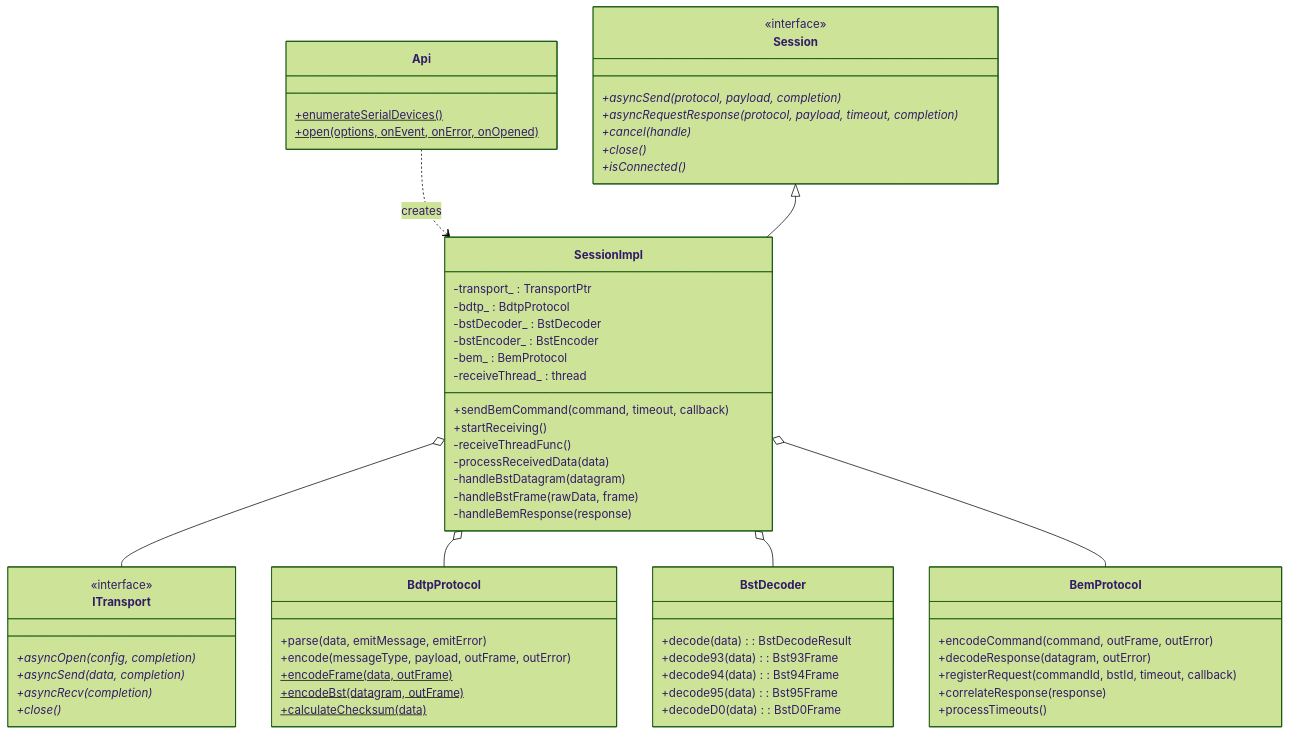
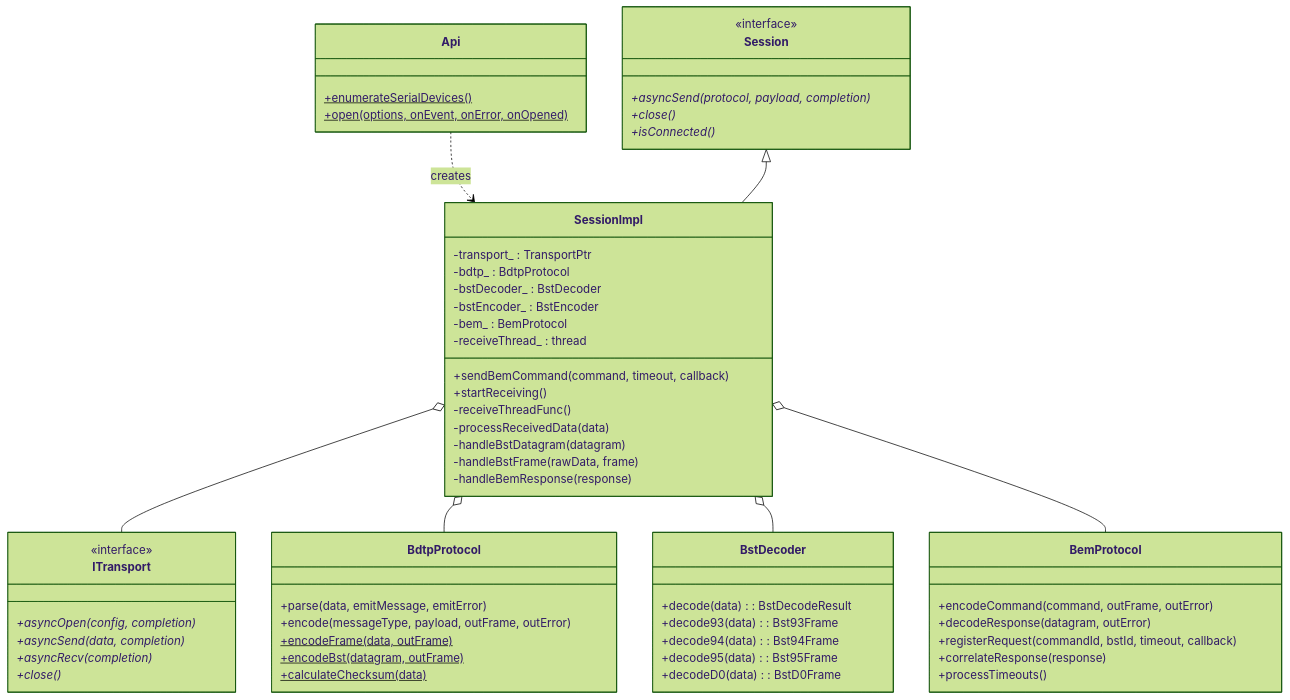
Before and after one commit to Actisense/SDK: the tenth of 10 diagrams in code/cpp/docs/message-flow.md, drawn with Mermaid (forest theme). The commit also changed 7 other files, not shown here.

First line of the commit message:
Drop generic asyncRequestResponse/cancel from public Session

````diff
--- a/code/cpp/docs/message-flow.md
+++ b/code/cpp/docs/message-flow.md
@@ -554,71 +554,69 @@
 ```mermaid
 classDiagram
     class Api {
         +enumerateSerialDevices()$
         +open(options, onEvent, onError, onOpened)$
     }
 
     class Session {
         <<interface>>
         +asyncSend(protocol, payload, completion)*
-        +asyncRequestResponse(protocol, payload, timeout, completion)*
-        +cancel(handle)*
         +close()*
         +isConnected()*
     }
 
     class SessionImpl {
         -transport_ : TransportPtr
         -bdtp_ : BdtpProtocol
         -bstDecoder_ : BstDecoder
         -bstEncoder_ : BstEncoder
         -bem_ : BemProtocol
         -receiveThread_ : thread
         +sendBemCommand(command, timeout, callback)
         +startReceiving()
         -receiveThreadFunc()
         -processReceivedData(data)
         -handleBstDatagram(datagram)
         -handleBstFrame(rawData, frame)
         -handleBemResponse(response)
     }
 
     class ITransport {
         <<interface>>
         +asyncOpen(config, completion)*
         +asyncSend(data, completion)*
         +asyncRecv(completion)*
         +close()*
     }
 
     class BdtpProtocol {
         +parse(data, emitMessage, emitError)
         +encode(messageType, payload, outFrame, outError)
         +encodeFrame(data, outFrame)$
         +encodeBst(datagram, outFrame)$
         +calculateChecksum(data)$
     }
 
     class BstDecoder {
         +decode(data) : BstDecodeResult
         +decode93(data) : Bst93Frame
         +decode94(data) : Bst94Frame
         +decode95(data) : Bst95Frame
         +decodeD0(data) : BstD0Frame
     }
 
     class BemProtocol {
         +encodeCommand(command, outFrame, outError)
         +decodeResponse(datagram, outError)
         +registerRequest(commandId, bstId, timeout, callback)
         +correlateResponse(response)
         +processTimeouts()
     }
 
     Api ..> SessionImpl : creates
     Session <|-- SessionImpl
     SessionImpl o-- ITransport
     SessionImpl o-- BdtpProtocol
     SessionImpl o-- BstDecoder
     SessionImpl o-- BemProtocol
 ```
````
